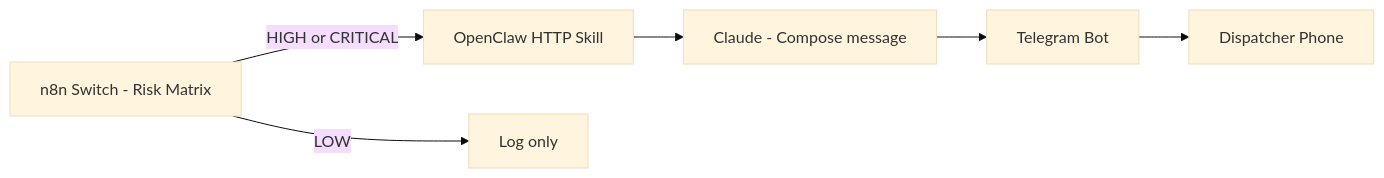
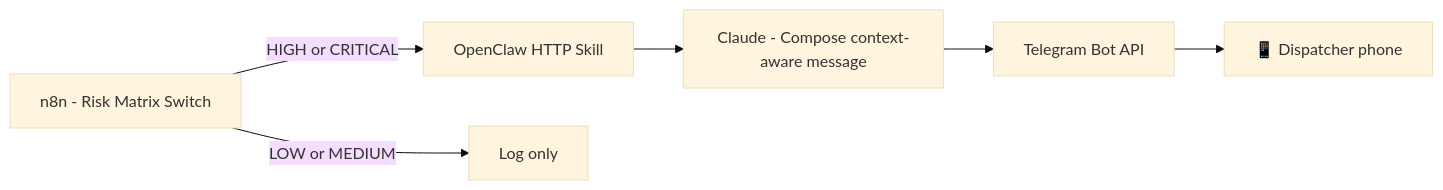
Before and after one commit to AnderssonProgramming/logiflow-cybersecurity-seminar: the second of 2 diagrams in services/automation/README.md, drawn with Mermaid (base theme). The commit also changed other lines of this file, not shown here.

````diff
--- a/services/automation/README.md
+++ b/services/automation/README.md
@@ -179,8 +290,8 @@
 ```mermaid
 graph LR
-    A[n8n Switch - Risk Matrix] -->|HIGH or CRITICAL| B[OpenClaw HTTP Skill]
-    B --> C[Claude - Compose message]
-    C --> D[Telegram Bot]
-    D --> E[Dispatcher Phone]
-    A -->|LOW| F[Log only]
+    A[n8n - Risk Matrix Switch] -->|HIGH or CRITICAL| B[OpenClaw HTTP Skill]
+    B --> C[Claude - Compose context-aware message]
+    C --> D[Telegram Bot API]
+    D --> E[📱 Dispatcher phone]
+    A -->|LOW or MEDIUM| F[Log only]
 ```
````
